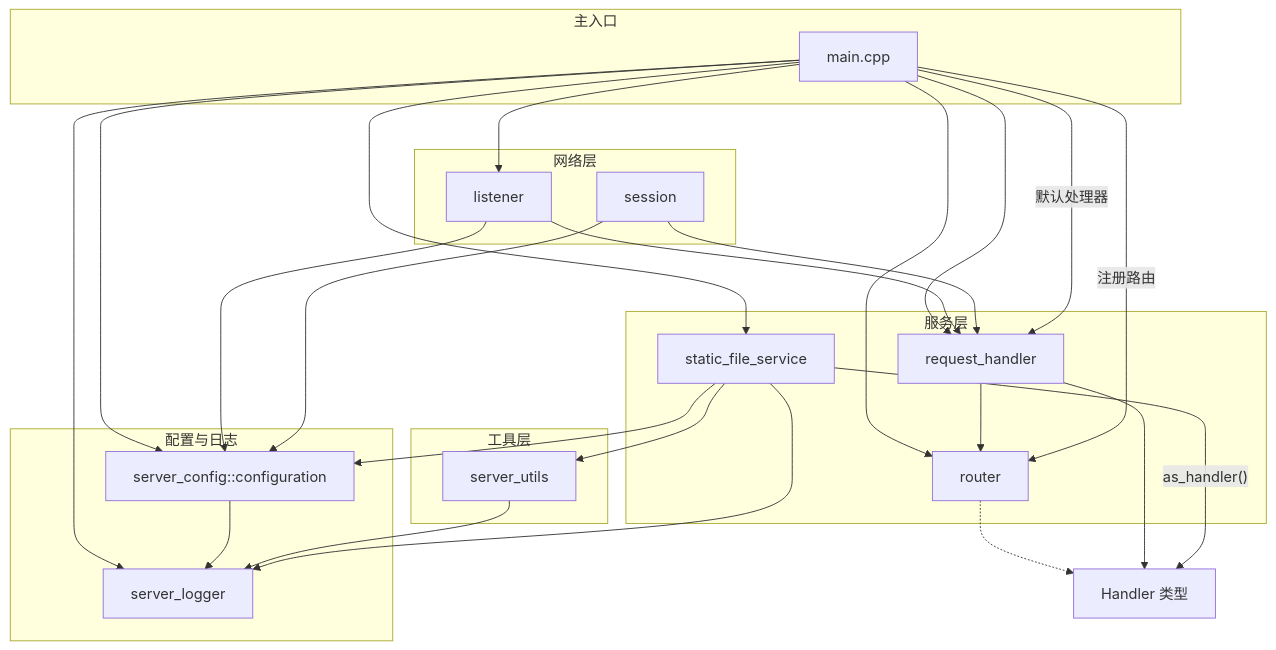
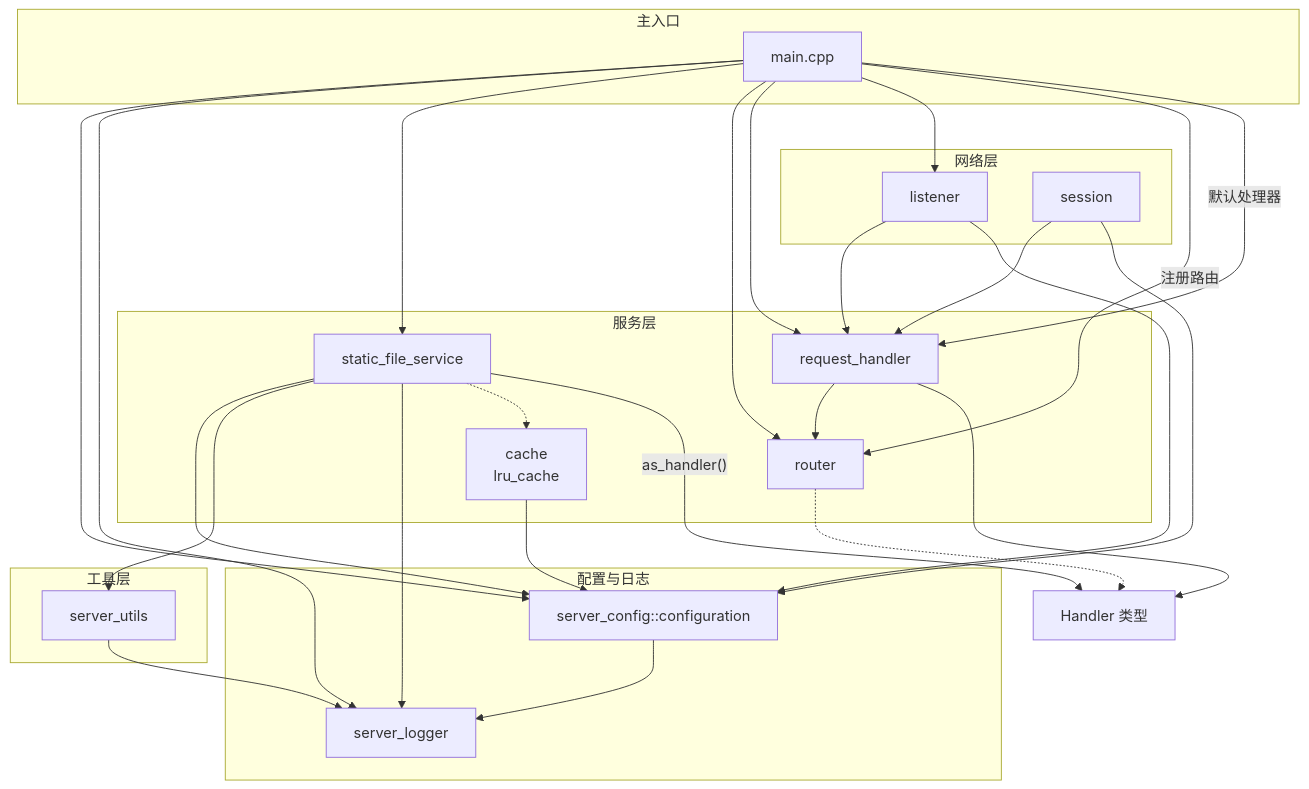
Before and after one commit to iLogIng/http_server: the first of 3 diagrams in README.md, drawn with Mermaid. The commit also changed other lines of this file and 4 other files, not shown here.

````diff
--- a/README.md
+++ b/README.md
@@ -69,52 +72,55 @@
 ```mermaid
 graph TD
     subgraph 主入口
         main[main.cpp]
     end
 
     subgraph 配置与日志
         config[server_config::configuration]
         logger[server_logger]
     end
 
     subgraph 工具层
         utils[server_utils]
     end
 
     subgraph 服务层
         static_service[static_file_service]
+        cache[cache<br/>lru_cache]
         router[router]
         request_handler[request_handler]
     end
 
     subgraph 网络层
         listener[listener]
         session[session]
     end
 
     main --> config
     main --> logger
     main --> static_service
     main --> router
     main --> request_handler
     main --> listener
 
     config --> logger
     utils --> logger
     static_service --> config
     static_service --> utils
     static_service --> logger
+    static_service -.-> cache
+    cache --> config
 
     router -.-> Handler[Handler 类型]
     request_handler --> router
     request_handler --> Handler
 
     listener --> request_handler
     session --> request_handler
     listener --> config
     session --> config
 
     static_service -- as_handler() --> Handler
     main -- 注册路由 --> router
     main -- 默认处理器 --> request_handler
 ```
````
